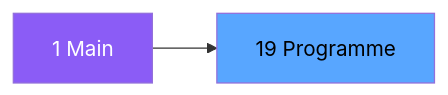
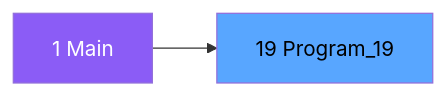
Before and after one commit to thonyAGP/magic-migration: the second of 3 diagrams in .openspec/specs/ADH-IDE-19.md, drawn with Mermaid. The commit also changed other lines of this file and 323 other files, not shown here.

````diff
--- a/.openspec/specs/ADH-IDE-19.md
+++ b/.openspec/specs/ADH-IDE-19.md
@@ -98,8 +105,8 @@
 ```mermaid
 graph LR
     M[1 Main]
-    T[19 Programme]
+    T[19 Program_19]
     M --> T
     style M fill:#8b5cf6,color:#fff
     style T fill:#58a6ff,color:#000
 ```
````
